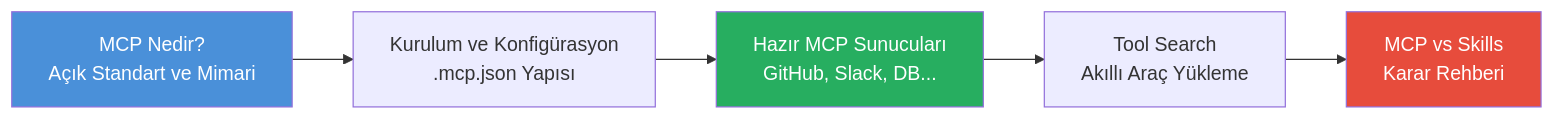
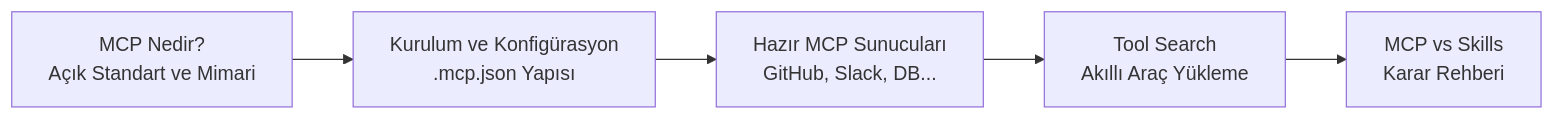
One commit to IzzetYasinAtes/ClaudeCodeHandbook changed the first of 2 diagrams in 11-mcp/README.md. Above: the diagram before and after it, drawn with Mermaid. The commit also changed 97 other files, not shown here.

Commit message:
Remove all custom Mermaid style/fill colors from 98 markdown files for consistent dark theme rendering

````diff
--- a/11-mcp/README.md
+++ b/11-mcp/README.md
@@ -7,11 +7,8 @@
 ```mermaid
 flowchart LR
     A["MCP Nedir?<br/>Açık Standart ve Mimari"] --> B["Kurulum ve Konfigürasyon<br/>.mcp.json Yapısı"]
     B --> C["Hazır MCP Sunucuları<br/>GitHub, Slack, DB..."]
     C --> D["Tool Search<br/>Akıllı Araç Yükleme"]
     D --> E["MCP vs Skills<br/>Karar Rehberi"]
 
-    style A fill:#4A90D9,color:#fff
-    style C fill:#27AE60,color:#fff
-    style E fill:#E74C3C,color:#fff
 ```
````
